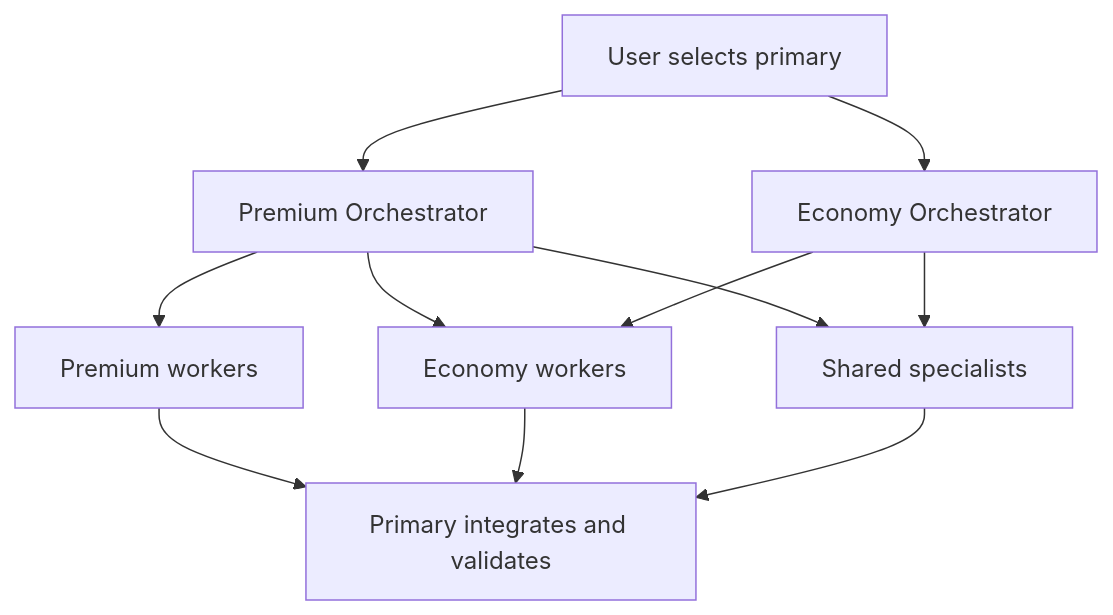
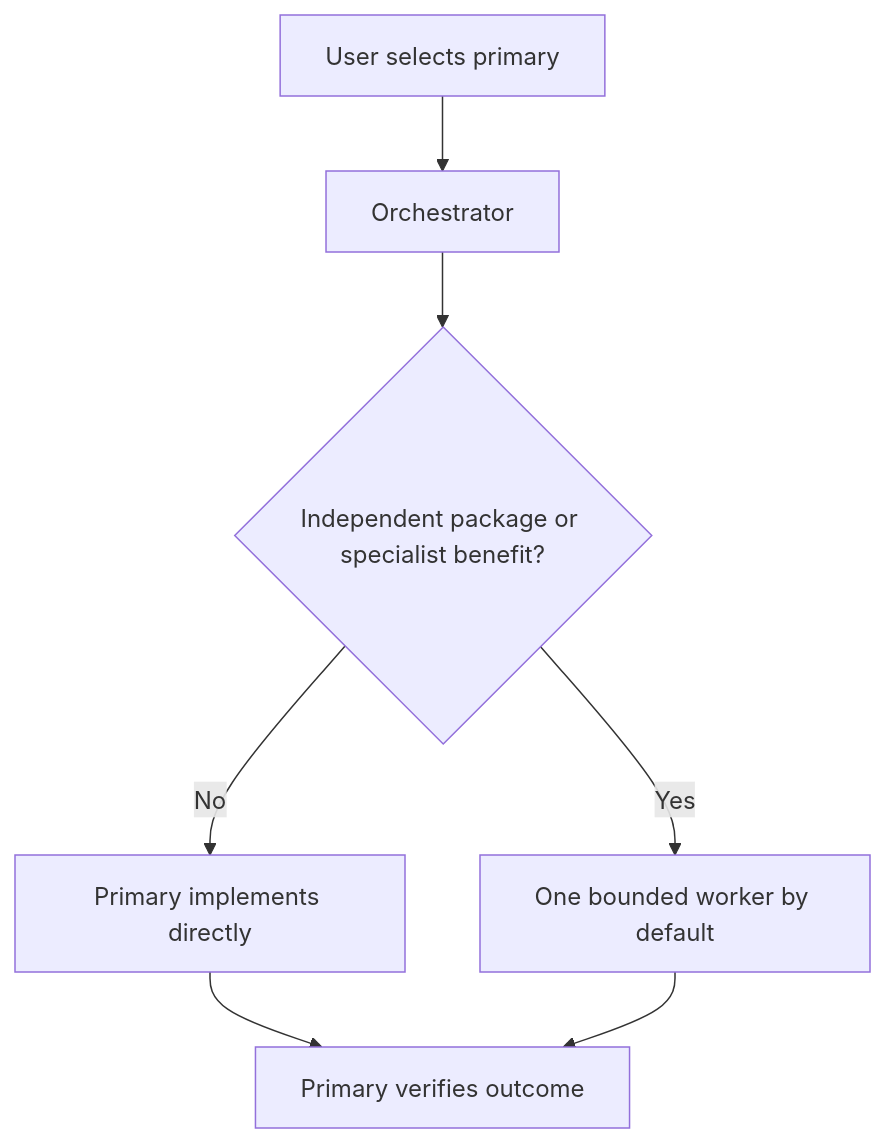
One commit to danilocasim/opencode-configs changed the first of 3 diagrams in README.md. Above: the diagram before and after it, drawn with Mermaid. The commit also changed other lines of this file and 211 other files, not shown here.

````diff
--- a/README.md
+++ b/README.md
@@ -122,13 +129,9 @@
 ```mermaid
 flowchart TD
-    A[User selects primary] --> T[Premium Orchestrator]
-    A --> E[Economy Orchestrator]
-    T --> P[Premium workers]
-    T --> C[Economy workers]
-    E --> C
-    T --> S[Shared specialists]
-    E --> S
-    P --> V[Primary integrates and validates]
-    C --> V
-    S --> V
+    A[User selects primary] --> T[Orchestrator]
+    T --> D{Independent package or specialist benefit?}
+    D -->|No| I[Primary implements directly]
+    D -->|Yes| P[One bounded worker by default]
+    I --> V[Primary verifies outcome]
+    P --> V
 ```
````
